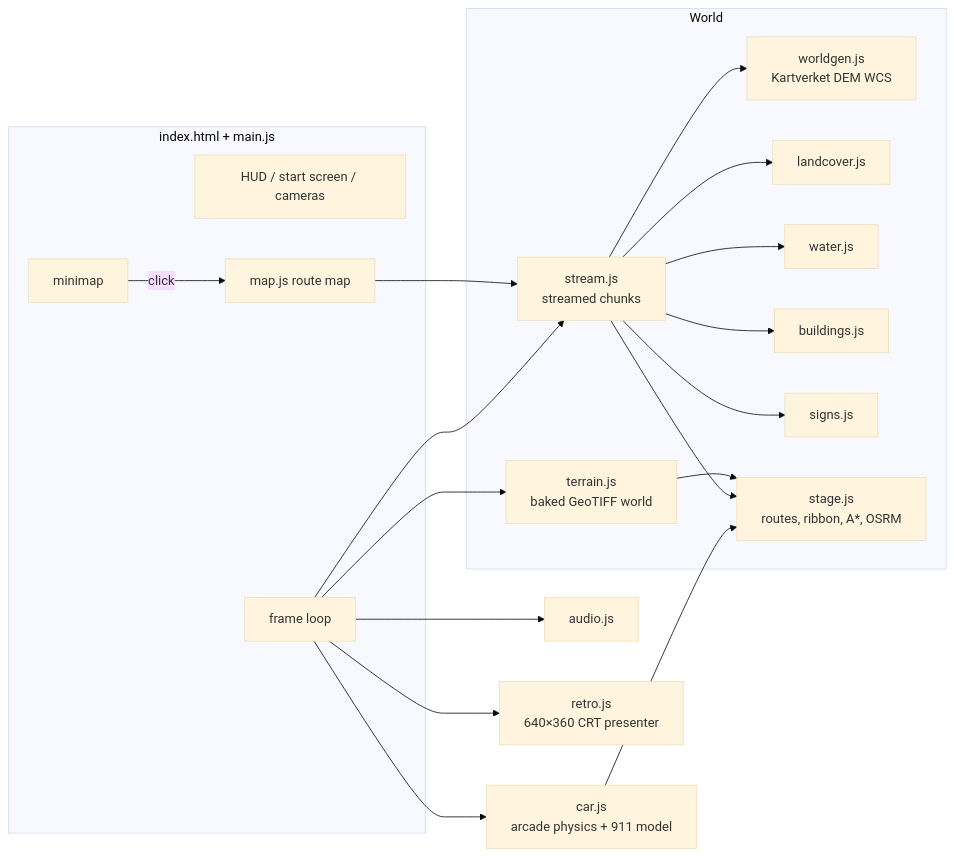
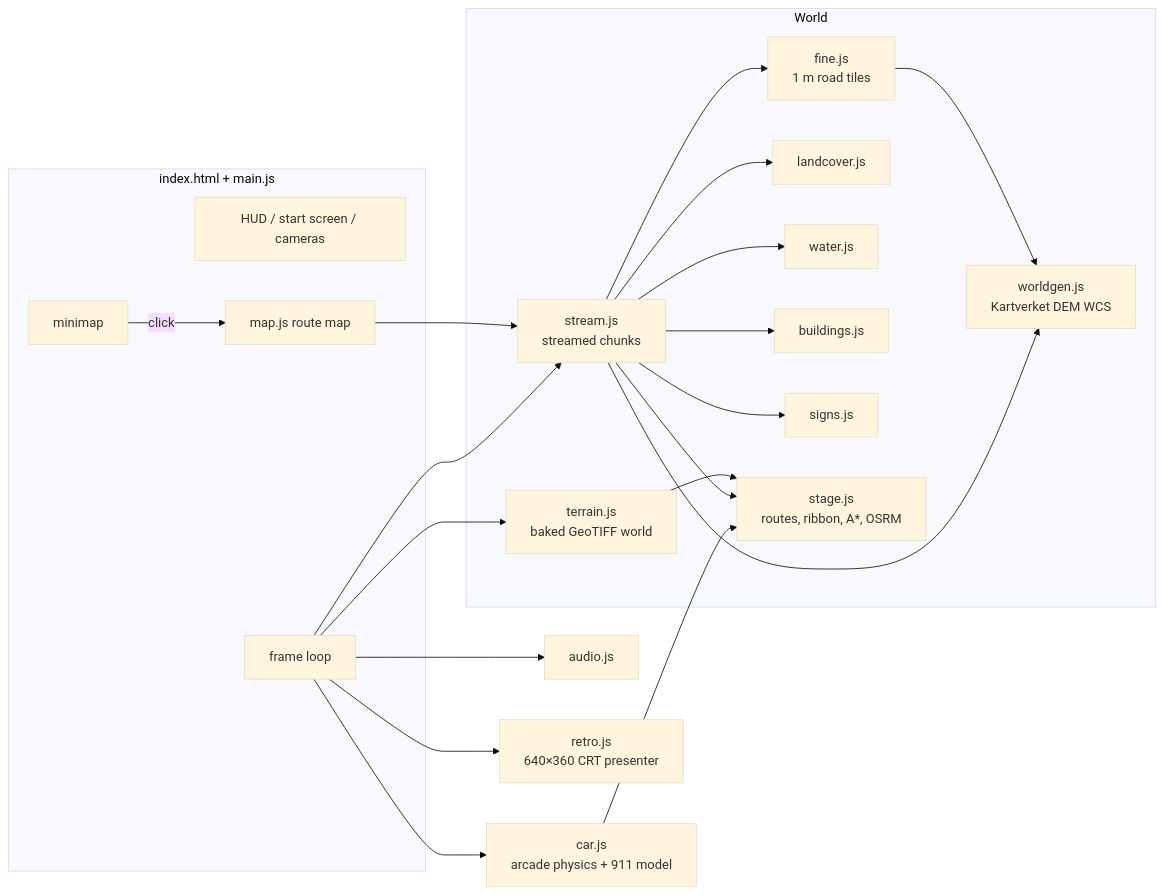
One commit to FlipTMoan/norwayralley changed the first of 3 diagrams in ARCHITECTURE.md. Above: the diagram before and after it, drawn with Mermaid (base theme). The commit also changed other lines of this file and 13 other files, not shown here.

````diff
--- a/ARCHITECTURE.md
+++ b/ARCHITECTURE.md
@@ -12,29 +12,31 @@
 ```mermaid
 flowchart LR
   subgraph UI["index.html + main.js"]
     HUD[HUD / start screen / cameras]
     LOOP[frame loop]
     MM[minimap] -->|click| MAP[map.js route map]
   end
   subgraph World
     TERRAIN[terrain.js<br/>baked GeoTIFF world]
     STREAM[stream.js<br/>streamed chunks]
+    FINE[fine.js<br/>1 m road tiles]
     WORLDGEN[worldgen.js<br/>Kartverket DEM WCS]
     LC[landcover.js]
     WATER[water.js]
     BLD[buildings.js]
     SIGNS[signs.js]
     STAGE[stage.js<br/>routes, ribbon, A*, OSRM]
   end
   CAR[car.js<br/>arcade physics + 911 model]
   AUDIO[audio.js]
   RETRO[retro.js<br/>640×360 CRT presenter]
 
   LOOP --> CAR --> STAGE
   LOOP --> STREAM --> WORLDGEN
+  STREAM --> FINE --> WORLDGEN
   STREAM --> LC & WATER & BLD & SIGNS & STAGE
   LOOP --> TERRAIN --> STAGE
   LOOP --> RETRO
   LOOP --> AUDIO
   MAP --> STREAM
 ```
````
